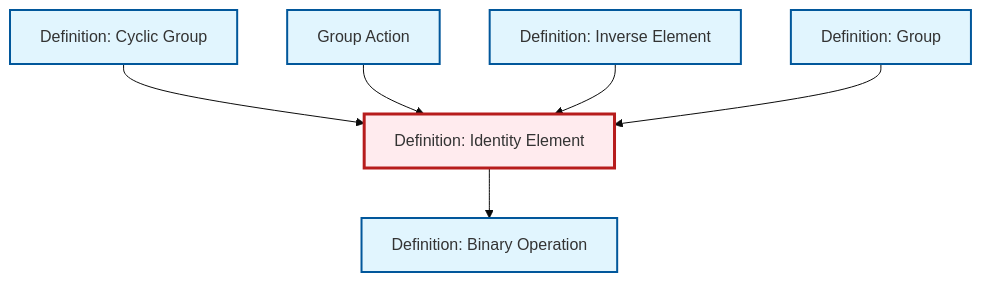
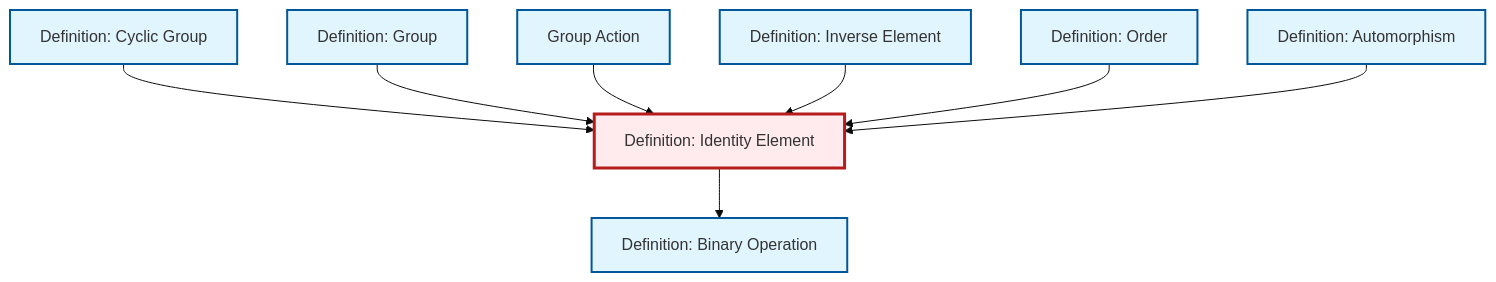
The diagram in content/ja/algebra/def-identity-element.qmd (RK0429/ModernMath), drawn with Mermaid (base theme) before and after one commit. The commit also changed 581 other files, not shown here.

````diff
--- a/content/ja/algebra/def-identity-element.qmd
+++ b/content/ja/algebra/def-identity-element.qmd
@@ -81,26 +81,32 @@
 ```{mermaid}
 %%| fig-cap: "Local dependency graph"
 graph TD
     classDef definition fill:#e1f5fe,stroke:#01579b,stroke-width:2px
     classDef theorem fill:#f3e5f5,stroke:#4a148c,stroke-width:2px
     classDef axiom fill:#fff3e0,stroke:#e65100,stroke-width:2px
     classDef example fill:#e8f5e9,stroke:#1b5e20,stroke-width:2px
     classDef current fill:#ffebee,stroke:#b71c1c,stroke-width:3px
+    def-binary-operation["Definition: Binary Operation"]:::definition
+    def-order["Definition: Order"]:::definition
     def-group-action["Group Action"]:::definition
+    def-inverse-element["Definition: Inverse Element"]:::definition
+    def-identity-element["Definition: Identity Element"]:::definition
     def-cyclic-group["Definition: Cyclic Group"]:::definition
     def-group["Definition: Group"]:::definition
-    def-binary-operation["Definition: Binary Operation"]:::definition
-    def-identity-element["Definition: Identity Element"]:::definition
-    def-inverse-element["Definition: Inverse Element"]:::definition
+    def-automorphism["Definition: Automorphism"]:::definition
+    def-cyclic-group --> def-identity-element
     def-identity-element --> def-binary-operation
-    def-cyclic-group --> def-identity-element
+    def-group --> def-identity-element
     def-group-action --> def-identity-element
     def-inverse-element --> def-identity-element
-    def-group --> def-identity-element
+    def-order --> def-identity-element
+    def-automorphism --> def-identity-element
     class def-identity-element current
+    click def-binary-operation "def-binary-operation.html" "Definition: Binary Operationへ"
+    click def-order "def-order.html" "Definition: Orderへ"
     click def-group-action "def-group-action.html" "Group Actionへ"
+    click def-inverse-element "def-inverse-element.html" "Definition: Inverse Elementへ"
     click def-cyclic-group "def-cyclic-group.html" "Definition: Cyclic Groupへ"
     click def-group "def-group.html" "Definition: Groupへ"
-    click def-binary-operation "def-binary-operation.html" "Definition: Binary Operationへ"
-    click def-inverse-element "def-inverse-element.html" "Definition: Inverse Elementへ"
+    click def-automorphism "def-automorphism.html" "Definition: Automorphismへ"
 ```
````
